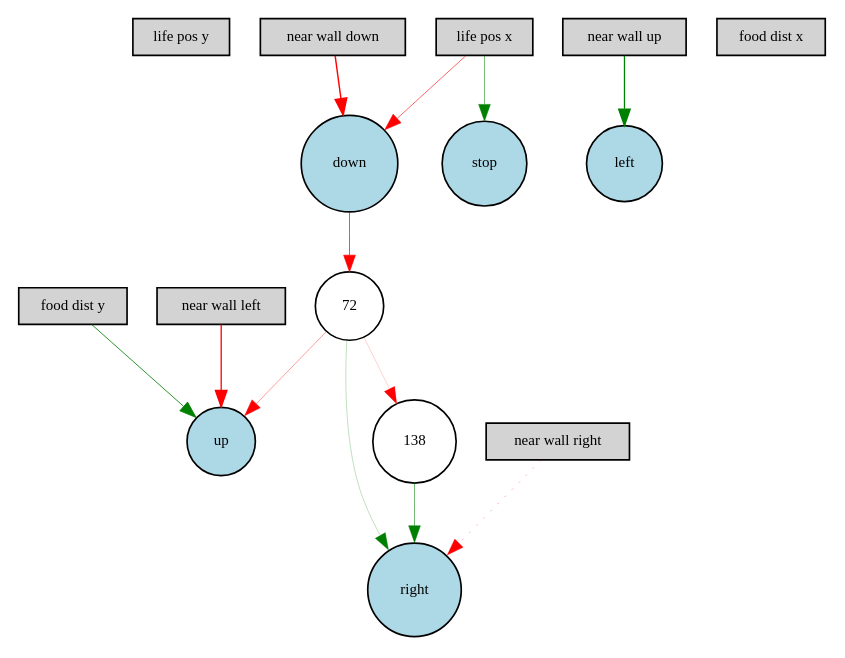
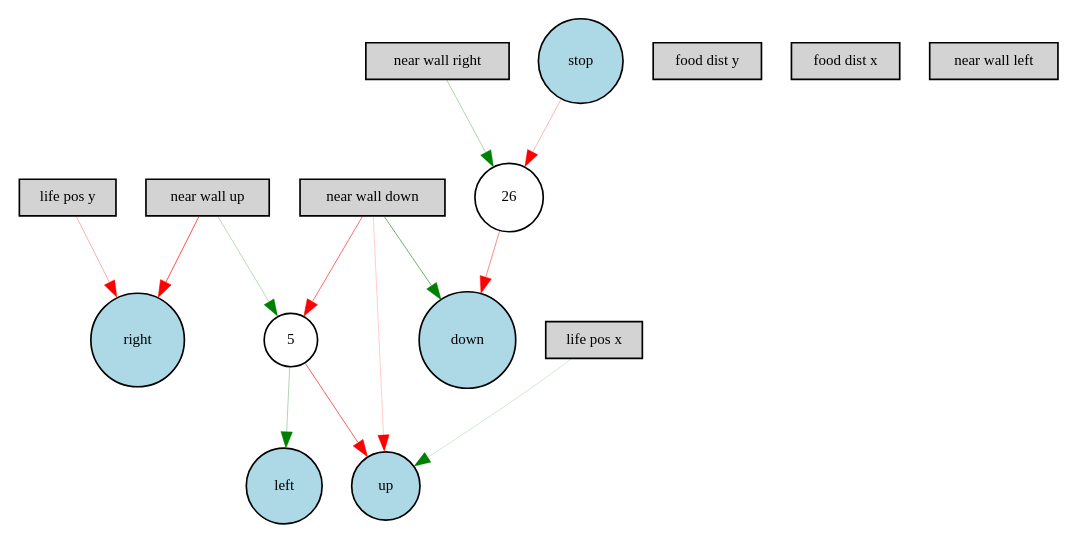
The diagram in Digraph.gv (Elphiie/NEAT-practice), drawn with Graphviz before and after one commit. The commit also changed 28 other files, not shown here.

```diff
--- a/Digraph.gv
+++ b/Digraph.gv
@@ -1,30 +1,30 @@
 digraph {
 	node [fontsize=9 height=0.3 shape=circle width=0.3]
 	"life pos y" [fillcolor=lightgray shape=box style=filled]
 	"near wall down" [fillcolor=lightgray shape=box style=filled]
 	"food dist y" [fillcolor=lightgray shape=box style=filled]
 	"near wall up" [fillcolor=lightgray shape=box style=filled]
 	"food dist x" [fillcolor=lightgray shape=box style=filled]
 	"near wall right" [fillcolor=lightgray shape=box style=filled]
 	"life pos x" [fillcolor=lightgray shape=box style=filled]
 	"near wall left" [fillcolor=lightgray shape=box style=filled]
 	stop [fillcolor=lightblue style=filled]
 	up [fillcolor=lightblue style=filled]
 	down [fillcolor=lightblue style=filled]
 	left [fillcolor=lightblue style=filled]
 	right [fillcolor=lightblue style=filled]
-	72 [fillcolor=white style=filled]
-	138 [fillcolor=white style=filled]
-	"food dist y" -> up [color=green penwidth=0.5045879035365728 style=solid]
-	"near wall up" -> left [color=green penwidth=0.7617608737121053 style=solid]
-	"near wall down" -> down [color=red penwidth=0.8538463573220828 style=solid]
-	"near wall left" -> up [color=red penwidth=0.781224488318176 style=solid]
-	"near wall right" -> right [color=red penwidth=0.21150738999807311 style=dotted]
-	"life pos x" -> down [color=red penwidth=0.359733766224952 style=solid]
-	72 -> right [color=green penwidth=0.146237854916344 style=solid]
-	72 -> up [color=red penwidth=0.2318930609211489 style=solid]
-	72 -> 138 [color=red penwidth=0.11099147953623974 style=solid]
-	138 -> right [color=green penwidth=0.32887757263571693 style=solid]
-	down -> 72 [color=red penwidth=0.4310922908500311 style=solid]
-	"life pos x" -> stop [color=green penwidth=0.3188480488465534 style=solid]
+	5 [fillcolor=white style=filled]
+	26 [fillcolor=white style=filled]
+	"life pos x" -> up [color=green penwidth=0.11304878907286636 style=solid]
+	"near wall up" -> right [color=red penwidth=0.4156985140919677 style=solid]
+	"near wall down" -> 5 [color=red penwidth=0.3461301724165902 style=solid]
+	26 -> down [color=red penwidth=0.2769372309861907 style=solid]
+	stop -> 26 [color=red penwidth=0.1799648421050869 style=solid]
+	"near wall up" -> 5 [color=green penwidth=0.1729634493212388 style=solid]
+	5 -> left [color=green penwidth=0.18592887874155511 style=solid]
+	"life pos y" -> right [color=red penwidth=0.19027182265527465 style=solid]
+	5 -> up [color=red penwidth=0.37872605059064346 style=solid]
+	"near wall right" -> 26 [color=green penwidth=0.19971886839681885 style=solid]
+	"near wall down" -> down [color=green penwidth=0.3470753928147464 style=solid]
+	"near wall down" -> up [color=red penwidth=0.11659658437629518 style=solid]
 }
```
